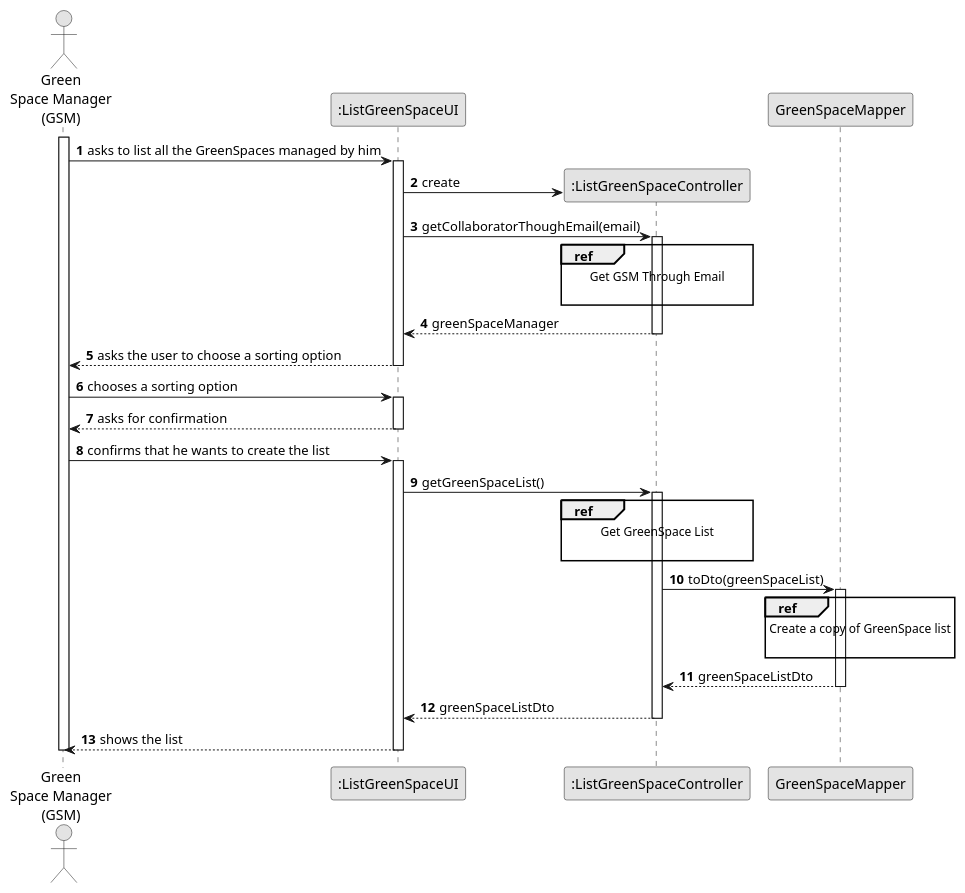
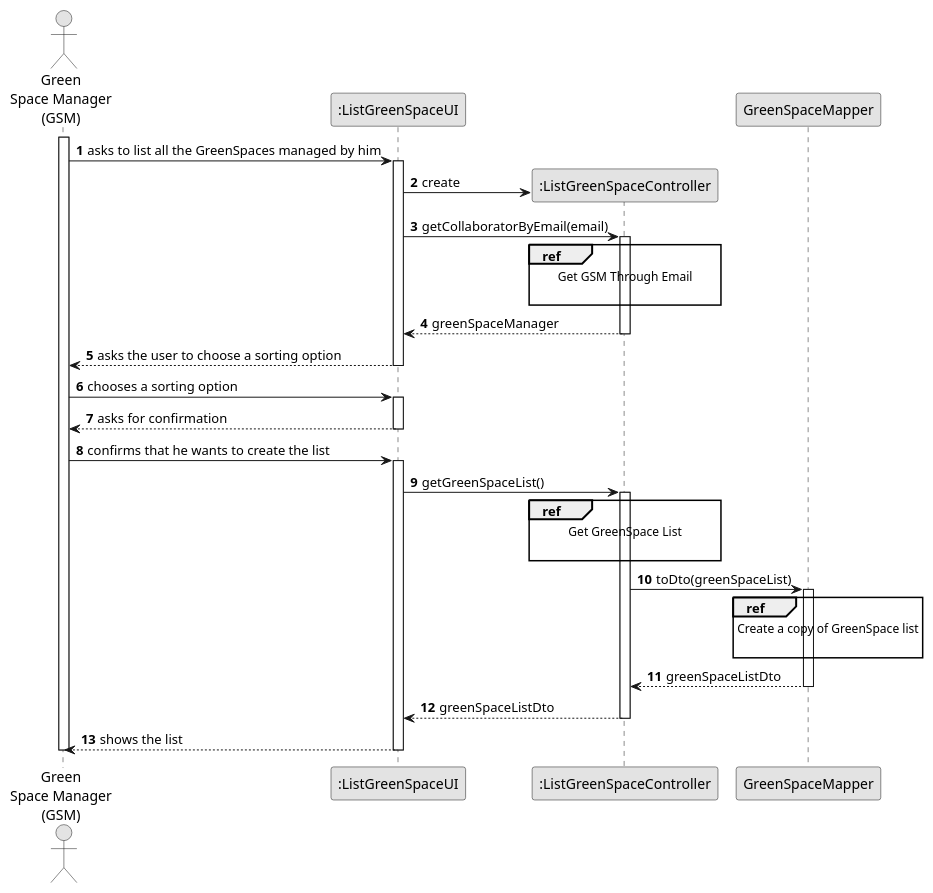
One commit to diogoveirospro/lei-24-s2-1dg-g072 changed the diagram in docs/sprintC/us027/03.design/puml/us027-sequence-diagram-split.puml. Above: the diagram before and after it, drawn with PlantUML. The commit also changed 21 other files, not shown here.

```diff
--- a/docs/sprintC/us027/03.design/puml/us027-sequence-diagram-split.puml
+++ b/docs/sprintC/us027/03.design/puml/us027-sequence-diagram-split.puml
@@ -1,69 +1,69 @@
 @startuml
 skinparam monochrome true
 skinparam packageStyle rectangle
 skinparam shadowing false
 
 autonumber
 
 'hide footbox
 actor "Green\nSpace Manager\n(GSM)" as GSM
 participant ":ListGreenSpaceUI" as UI
 participant ":ListGreenSpaceController" as CTRL
 
 participant "GreenSpaceMapper" as Mapper
 
 activate GSM
 
         GSM -> UI : asks to list all the GreenSpaces managed by him
 
         activate UI
 
                 UI -> CTRL** : create
 
-                UI -> CTRL : getCollaboratorThoughEmail(email)
+                UI -> CTRL : getCollaboratorByEmail(email)
 
                     activate CTRL
                         ref over CTRL
                             Get GSM Through Email
 
                         end
                         CTRL --> UI :greenSpaceManager
                     deactivate CTRL
             UI --> GSM : asks the user to choose a sorting option
         deactivate UI
 
         GSM -> UI : chooses a sorting option
         activate UI
 
                 UI --> GSM : asks for confirmation
         deactivate UI
 
             GSM -> UI : confirms that he wants to create the list
         activate UI
 
 
             UI -> CTRL : getGreenSpaceList()
             activate CTRL
                     ref over CTRL
                             Get GreenSpace List
 
                     end
                     CTRL -> Mapper : toDto(greenSpaceList)
                     activate Mapper
                             ref over Mapper
                                     Create a copy of GreenSpace list
 
                             end
                             Mapper -->CTRL : greenSpaceListDto
                     deactivate Mapper
 
             CTRL --> UI: greenSpaceListDto
 
             deactivate CTRL
             UI --> GSM: shows the list
     deactivate UI
 
 deactivate GSM
 
 
 @enduml
```
